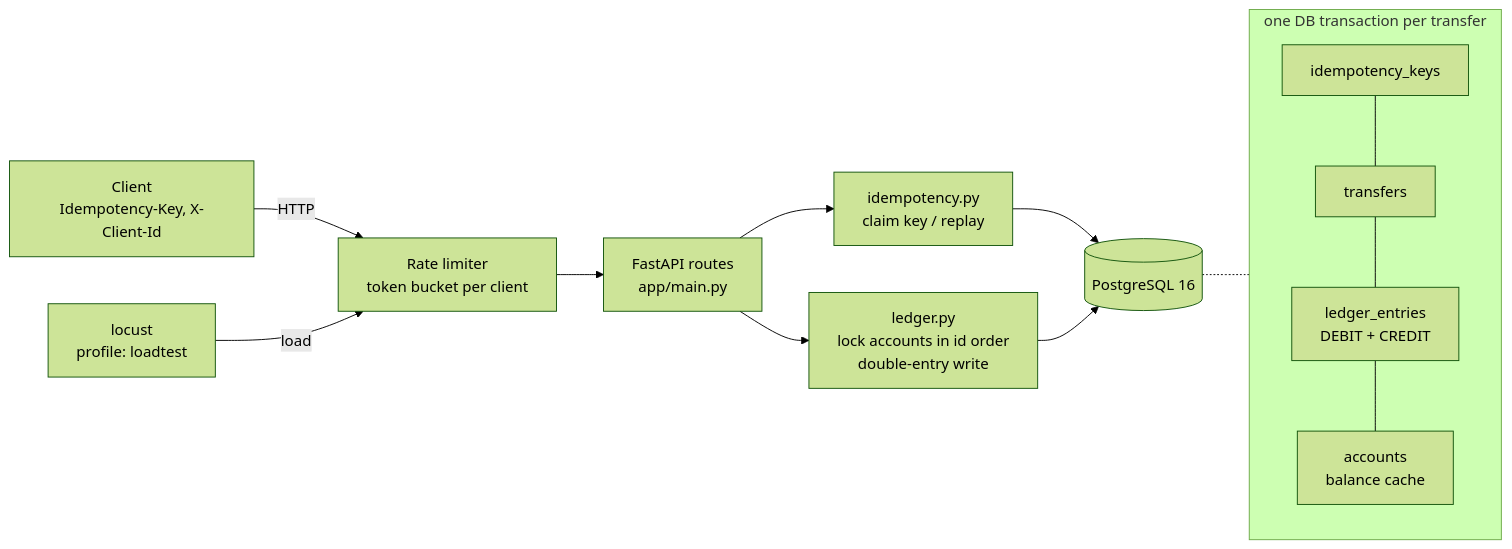
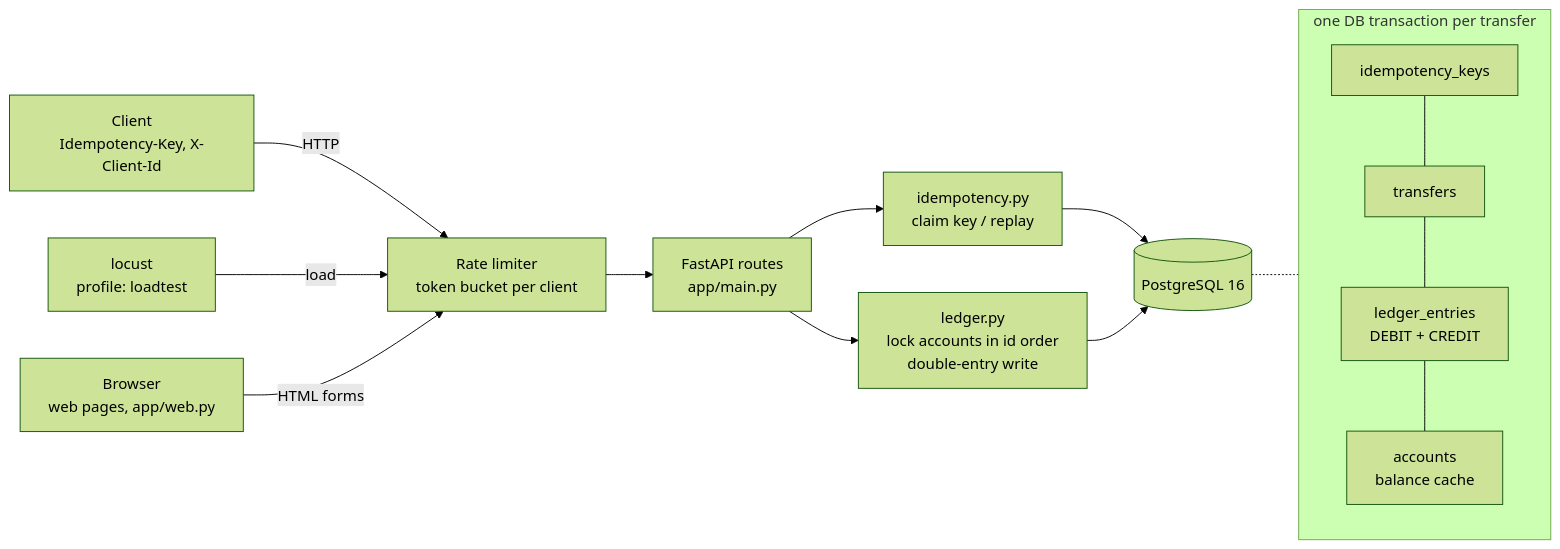
One commit to KARNATI-SREERAM/payment-ledger changed the diagram in README.md. Above: the diagram before and after it, drawn with Mermaid (forest theme). The commit also changed other lines of this file and 14 other files, not shown here.

````diff
--- a/README.md
+++ b/README.md
@@ -9,14 +9,15 @@
 ```mermaid
 flowchart LR
     C[Client<br/>Idempotency-Key, X-Client-Id] -->|HTTP| RL[Rate limiter<br/>token bucket per client]
     RL --> R[FastAPI routes<br/>app/main.py]
     R --> I[idempotency.py<br/>claim key / replay]
     R --> L[ledger.py<br/>lock accounts in id order<br/>double-entry write]
     I --> PG[(PostgreSQL 16)]
     L --> PG
     subgraph PG_tables [one DB transaction per transfer]
       K[idempotency_keys] --- T[transfers] --- E[ledger_entries<br/>DEBIT + CREDIT] --- A[accounts<br/>balance cache]
     end
     PG -.- PG_tables
     LT[locust<br/>profile: loadtest] -->|load| RL
+    BR[Browser<br/>web pages, app/web.py] -->|HTML forms| RL
 ```
````
